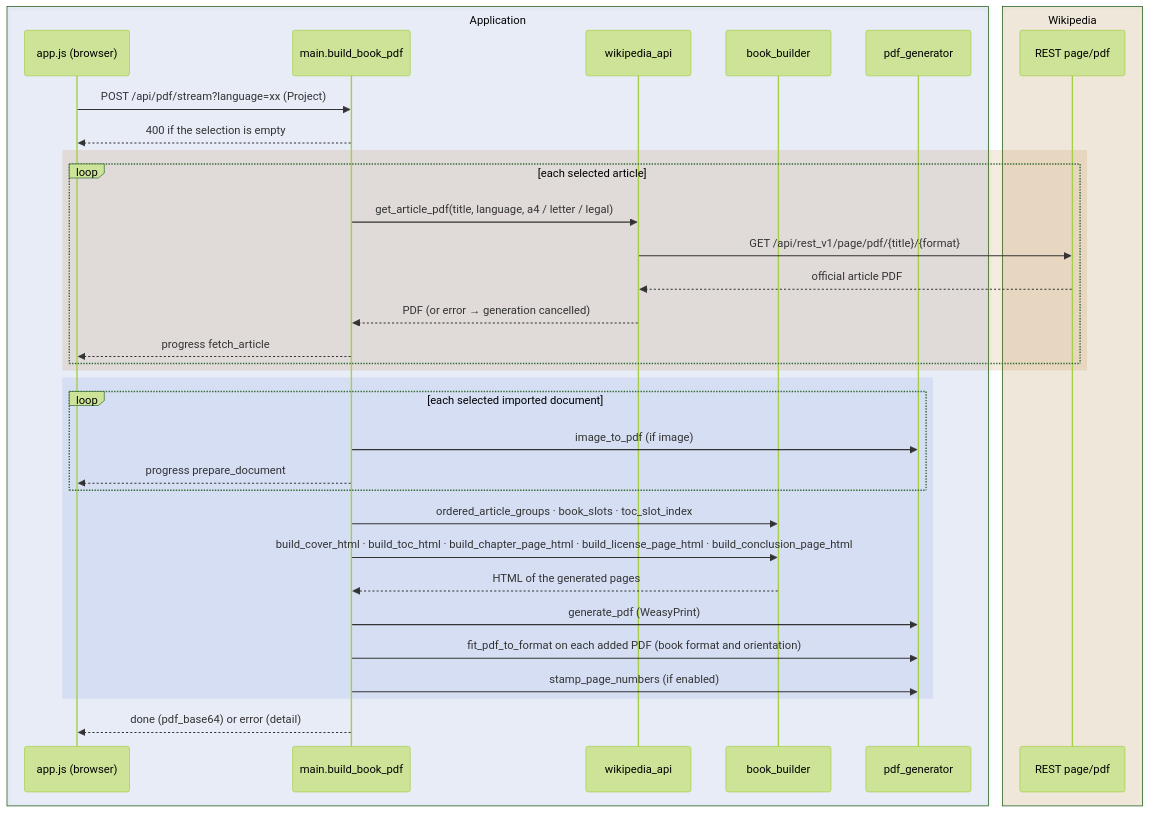
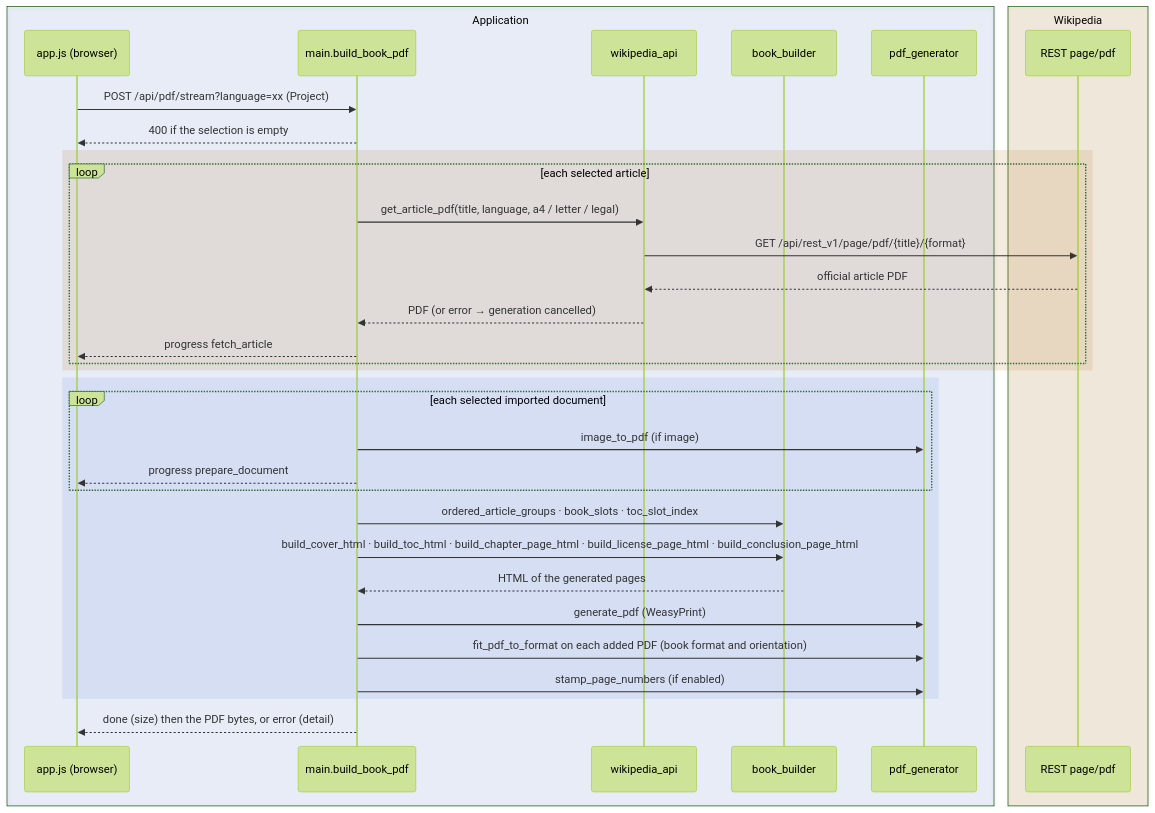
The second of 2 diagrams in docs/SPECIFICATIONS.en.md (gmoulard/wikipedia2book), drawn with Mermaid (forest theme) before and after one commit. The commit also changed other lines of this file and 5 other files, not shown here.

````diff
--- a/docs/SPECIFICATIONS.en.md
+++ b/docs/SPECIFICATIONS.en.md
@@ -910,38 +910,38 @@
 ```mermaid
 sequenceDiagram
     box rgba(51,102,204,0.10) Application
         participant U as app.js (browser)
         participant M as main.build_book_pdf
         participant W as wikipedia_api
         participant B as book_builder
         participant P as pdf_generator
     end
     box rgba(172,102,0,0.12) Wikipedia
         participant R as REST page/pdf
     end
 
     U->>M: POST /api/pdf/stream?language=xx (Project)
     M-->>U: 400 if the selection is empty
     rect rgba(172,102,0,0.12)
         loop each selected article
             M->>W: get_article_pdf(title, language, a4 / letter / legal)
             W->>R: GET /api/rest_v1/page/pdf/{title}/{format}
             R-->>W: official article PDF
             W-->>M: PDF (or error → generation cancelled)
             M-->>U: progress fetch_article
         end
     end
     rect rgba(51,102,204,0.10)
         loop each selected imported document
             M->>P: image_to_pdf (if image)
             M-->>U: progress prepare_document
         end
         M->>B: ordered_article_groups · book_slots · toc_slot_index
         M->>B: build_cover_html · build_toc_html · build_chapter_page_html · build_license_page_html · build_conclusion_page_html
         B-->>M: HTML of the generated pages
         M->>P: generate_pdf (WeasyPrint)
         M->>P: fit_pdf_to_format on each added PDF (book format and orientation)
         M->>P: stamp_page_numbers (if enabled)
     end
-    M-->>U: done (pdf_base64) or error (detail)
+    M-->>U: done (size) then the PDF bytes, or error (detail)
 ```
````
